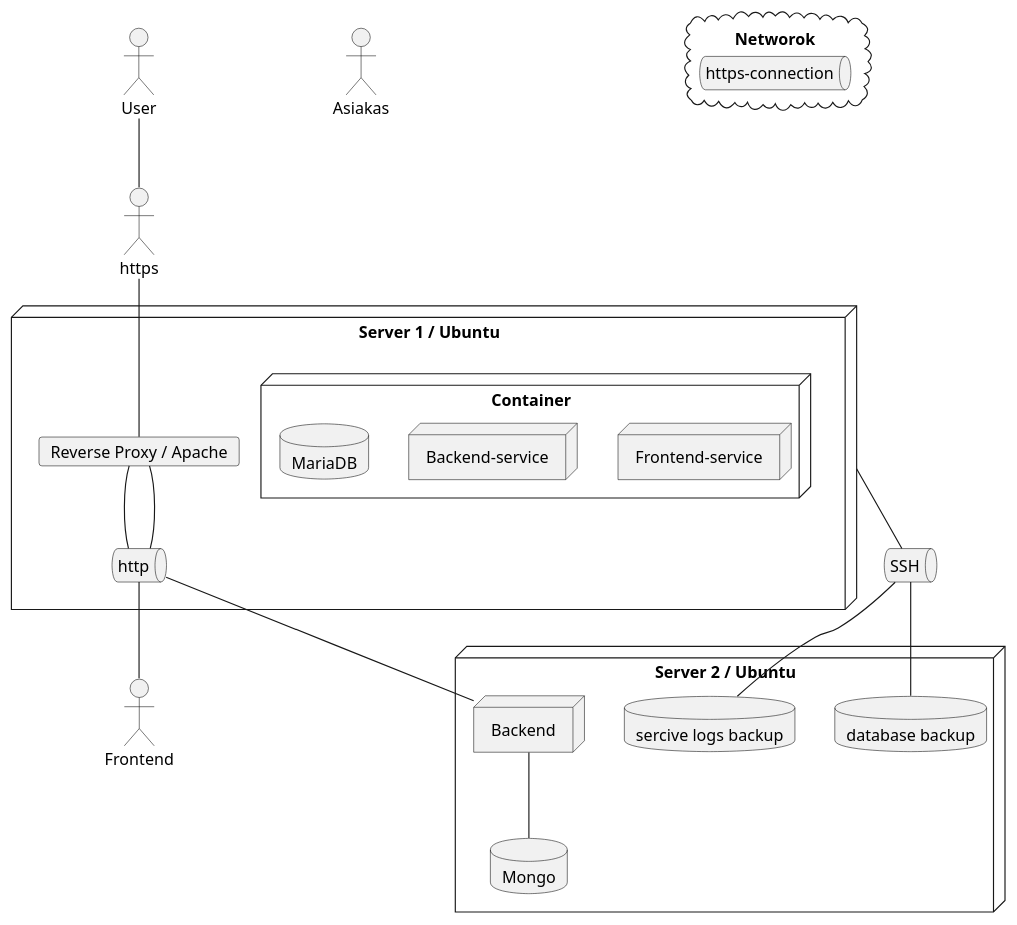
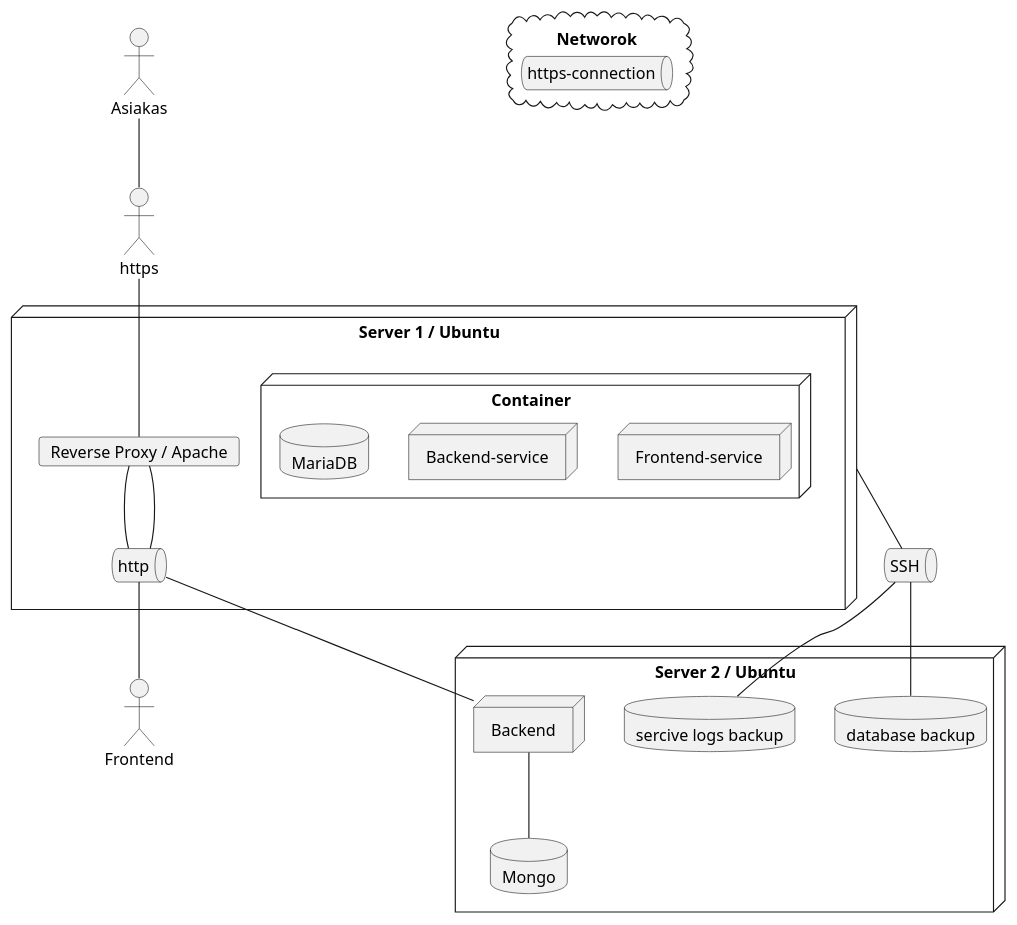
The fourth of 5 diagrams in dokumentit/20-Vaatimustenhallinta/vaatimusmaaritely-tiivis.md (ninaleo/ransut-core), drawn with PlantUML before and after one commit.

````diff
--- a/dokumentit/20-Vaatimustenhallinta/vaatimusmaaritely-tiivis.md
+++ b/dokumentit/20-Vaatimustenhallinta/vaatimusmaaritely-tiivis.md
@@ -264,47 +264,47 @@
 ```plantuml
 @startuml
 actor Asiakas
 
 cloud "Networok" as net{
 queue "https-connection"{
 }
 }
 
 node "Server 1 / Ubuntu" as csc {
 queue http {
 }
 node Container {
 node "Frontend-service" {
 }
 node "Backend-service" {
 }
 database "MariaDB" {
 }
 }
 card "Reverse Proxy / Apache" as rpa {
 }
 }
 queue SSH {
 }
 node "Server 2 / Ubuntu" as csc2 {
 database "database backup" as dbb {
 }
 database "sercive logs backup" as slb {
 }
 node "Backend" {
 }
 database "Mongo" {
 }
 }
-User -- https
+Asiakas -- https
 https -- rpa
 rpa -- http
 rpa -- http
 Backend -- Mongo
 http -- Backend
 http -- Frontend
 csc -- SSH
 SSH -- slb
 SSH -- dbb
 @enduml
 ```
````
